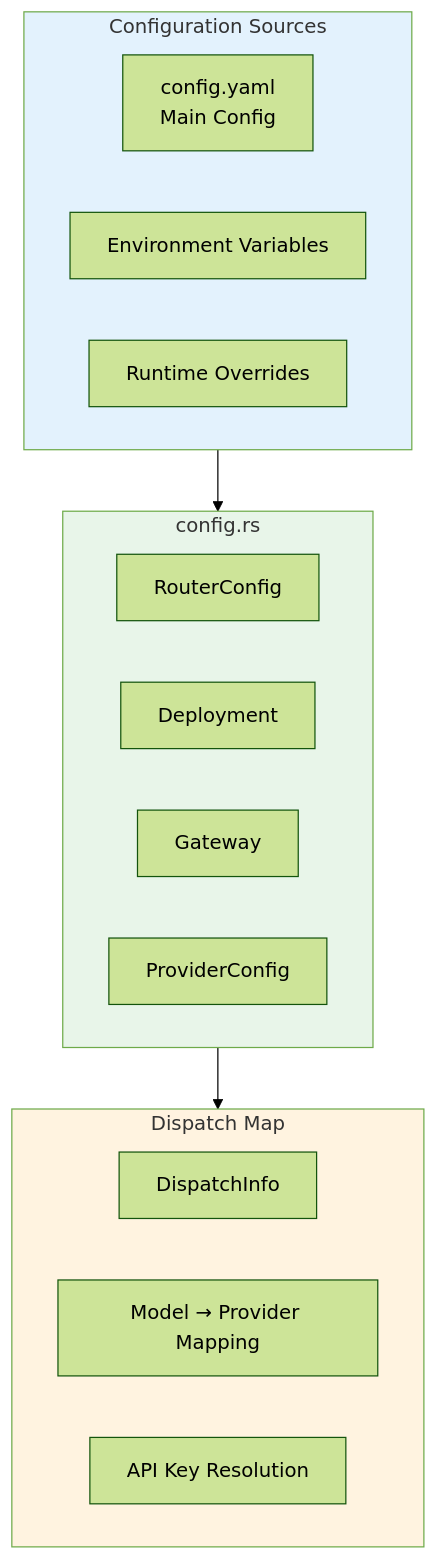
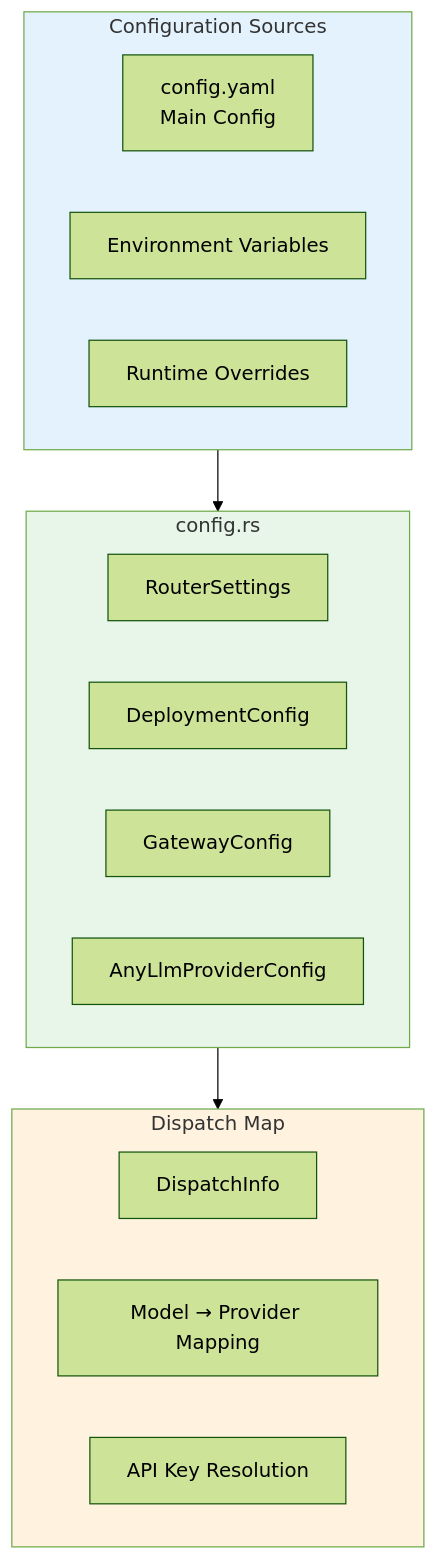
One commit to CipherOcto/cipherocto changed diagram 15 of 19 in docs/architecture/quota-router-architecture.md. Above: the diagram before and after it, drawn with Mermaid (forest theme). The commit also changed other lines of this file, not shown here.

First line of the commit message:
docs: fix 33 inaccuracies in architecture document via adversarial review

````diff
--- a/docs/architecture/quota-router-architecture.md
+++ b/docs/architecture/quota-router-architecture.md
@@ -802,28 +926,28 @@
 ```mermaid
 graph TD
     subgraph Config["Configuration Sources"]
         C1[config.yaml<br/>Main Config]
         C2[Environment Variables]
         C3[Runtime Overrides]
     end
 
     subgraph ConfigModule["config.rs"]
-        CM1[RouterConfig]
-        CM2[Deployment]
-        CM3[Gateway]
-        CM4[ProviderConfig]
+        CM1[RouterSettings]
+        CM2[DeploymentConfig]
+        CM3[GatewayConfig]
+        CM4[AnyLlmProviderConfig]
     end
 
     subgraph Dispatch["Dispatch Map"]
         D1[DispatchInfo]
         D2[Model → Provider Mapping]
         D3[API Key Resolution]
     end
 
     Config --> ConfigModule
     ConfigModule --> Dispatch
 
     style Config fill:#e3f2fd
     style ConfigModule fill:#e8f5e9
     style Dispatch fill:#fff3e0
 ```
````
